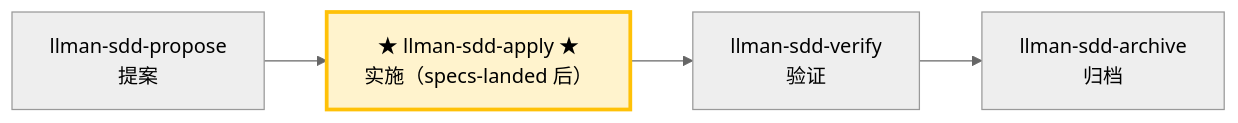
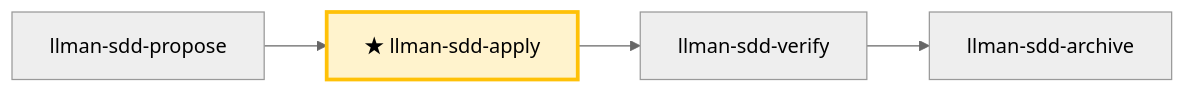
One commit to StrayDragon/llman-sdd changed the diagram in .agents/skills/llman-sdd-apply/SKILL.md. Above: the diagram before and after it, drawn with Mermaid (neutral theme). The commit also changed other lines of this file and 77 other files, not shown here.

````diff
--- a/.agents/skills/llman-sdd-apply/SKILL.md
+++ b/.agents/skills/llman-sdd-apply/SKILL.md
@@ -29,9 +25,8 @@
 ```mermaid
 flowchart LR
-    propose["llman-sdd-propose<br/>提案"] --> apply
-    apply["★ llman-sdd-apply ★<br/>实施（specs-landed 后）"]
-    apply --> verify["llman-sdd-verify<br/>验证"]
-    verify --> archive["llman-sdd-archive<br/>归档"]
+    propose["llman-sdd-propose"] --> apply["★ llman-sdd-apply"]
+    apply --> verify["llman-sdd-verify"]
+    verify --> archive["llman-sdd-archive"]
 
     style apply fill:#fff3cd,stroke:#ffc107,stroke-width:3px
 ```
````
